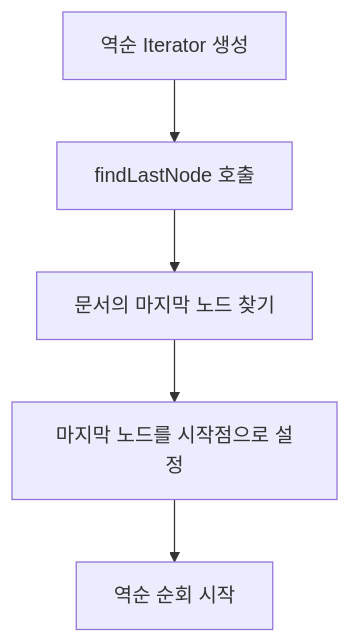
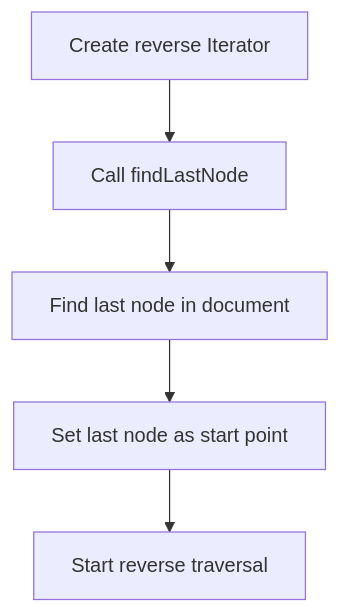
Before and after one commit to barocss/barocss-editor: the fifth of 7 diagrams in packages/datastore/docs/document-iterator-spec.md, drawn with Mermaid. The commit also changed other lines of this file and 147 other files, not shown here.

````diff
--- a/packages/datastore/docs/document-iterator-spec.md
+++ b/packages/datastore/docs/document-iterator-spec.md
@@ -213,7 +213,7 @@
 ```mermaid
 flowchart TD
-    A[역순 Iterator 생성] --> B[findLastNode 호출]
-    B --> C[문서의 마지막 노드 찾기]
-    C --> D[마지막 노드를 시작점으로 설정]
-    D --> E[역순 순회 시작]
+    A[Create reverse Iterator] --> B[Call findLastNode]
+    B --> C[Find last node in document]
+    C --> D[Set last node as start point]
+    D --> E[Start reverse traversal]
 ```
````
